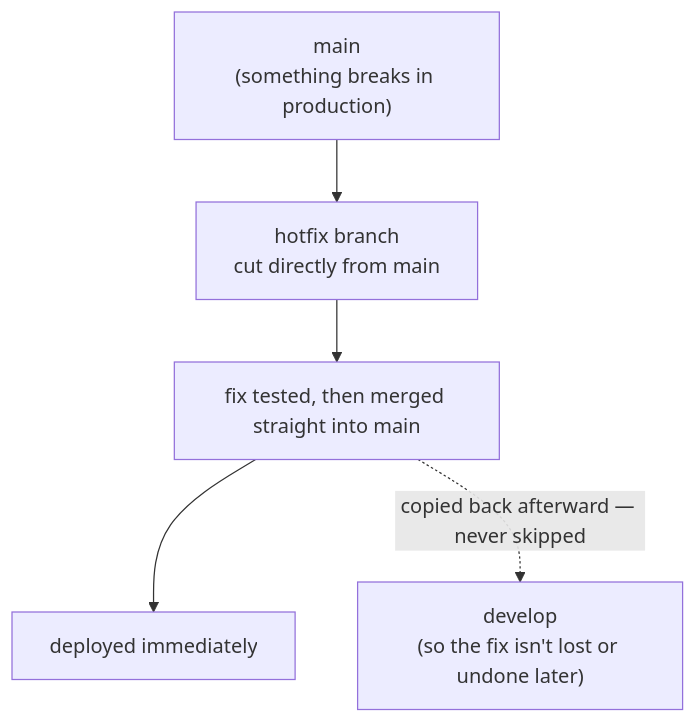
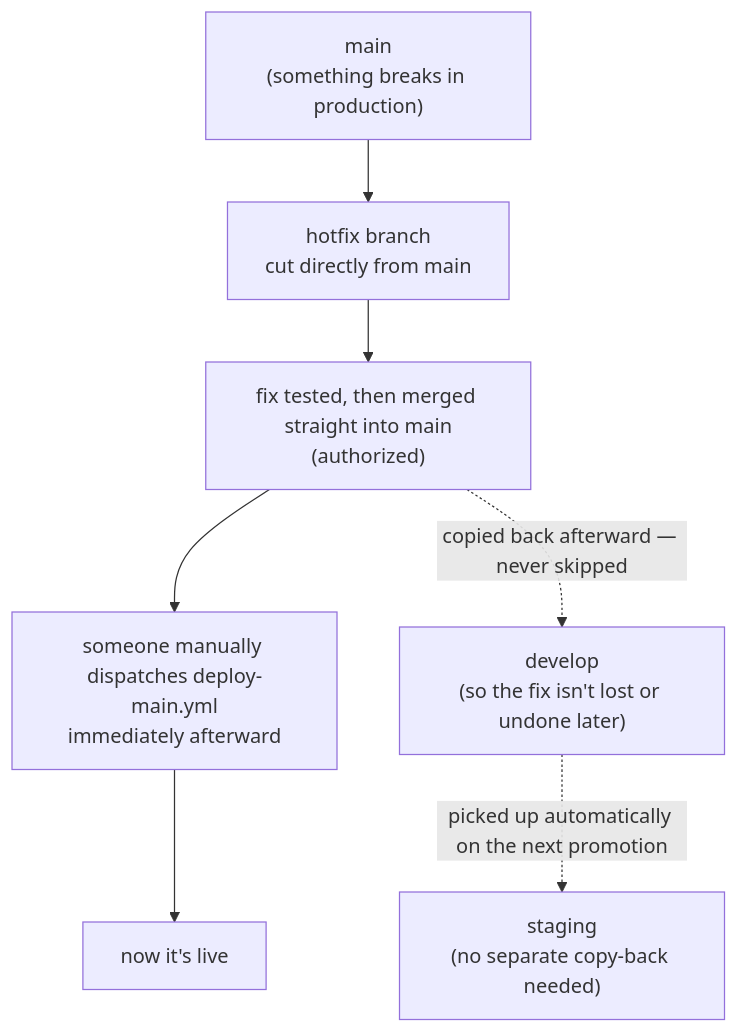
Before and after one commit to joshh-25/POS-DGFY: the third of 4 diagrams in docs/ops/PROMOTION_PROCESS_EXPLAINER.md, drawn with Mermaid. The commit also changed other lines of this file, not shown here.

First line of the commit message:
docs(ops): fix promotion explainer facts per pr-reviewer findings

````diff
--- a/docs/ops/PROMOTION_PROCESS_EXPLAINER.md
+++ b/docs/ops/PROMOTION_PROCESS_EXPLAINER.md
@@ -103,7 +112,9 @@
 ```mermaid
 flowchart TD
     P["main<br/>(something breaks in production)"] --> H["hotfix branch<br/>cut directly from main"]
-    H --> F["fix tested, then merged straight into main"]
-    F --> D["deployed immediately"]
+    H --> F["fix tested, then merged straight into main<br/>(authorized)"]
+    F --> DM["someone manually dispatches deploy-main.yml<br/>immediately afterward"]
+    DM --> D["now it's live"]
     F -.->|"copied back afterward — never skipped"| DEV["develop<br/>(so the fix isn't lost or undone later)"]
+    DEV -.->|"picked up automatically on the next promotion"| STG["staging<br/>(no separate copy-back needed)"]
 ```
````
